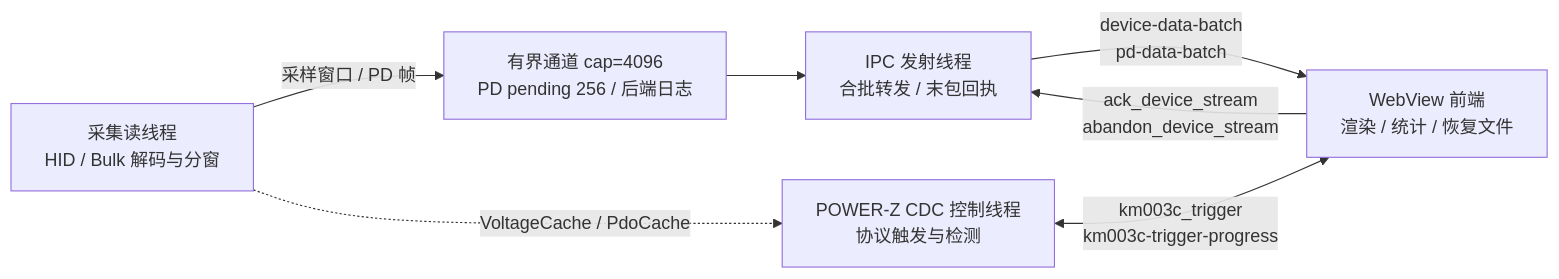
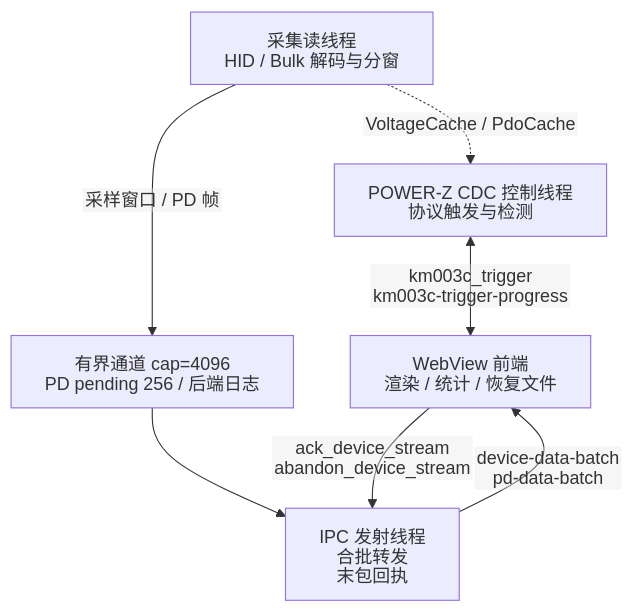
Before and after one commit to KHWLGH/laPower: the second of 4 diagrams in docs/ARCHITECTURE.md, drawn with Mermaid. The commit also changed other lines of this file and 1 other file, not shown here.

Commit message:
docs: fix Mermaid label rendering

````diff
--- a/docs/ARCHITECTURE.md
+++ b/docs/ARCHITECTURE.md
@@ -91,15 +100,22 @@
 ```mermaid
-flowchart LR
+---
+config:
+  htmlLabels: false
+  flowchart:
+    diagramPadding: 84
+    wrappingWidth: 240
+---
+flowchart TB
   READER["采集读线程<br/>HID / Bulk 解码与分窗"]
   QUEUE["有界通道 cap=4096<br/>PD pending 256 / 后端日志"]
-  EMITTER["IPC 发射线程<br/>合批转发 / 末包回执"]
+  EMITTER["IPC 发射线程<br/>合批转发<br/>末包回执"]
   CDC["POWER-Z CDC 控制线程<br/>协议触发与检测"]
   WV["WebView 前端<br/>渲染 / 统计 / 恢复文件"]
 
-  READER -->|"采样窗口 / PD 帧"| QUEUE
+  READER -.->|"VoltageCache / PdoCache"| CDC
   QUEUE --> EMITTER
   EMITTER -->|"device-data-batch<br/>pd-data-batch"| WV
   WV -->|"ack_device_stream<br/>abandon_device_stream"| EMITTER
-  READER -.->|"VoltageCache / PdoCache"| CDC
+  READER -->|"采样窗口 / PD 帧"| QUEUE
   CDC <-->|"km003c_trigger<br/>km003c-trigger-progress"| WV
 ```
````
